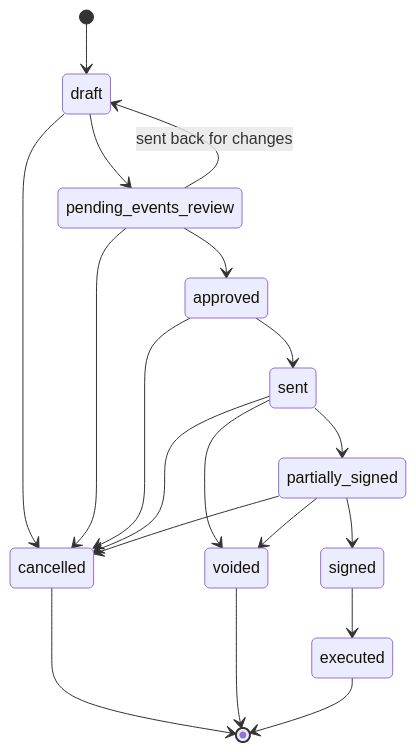
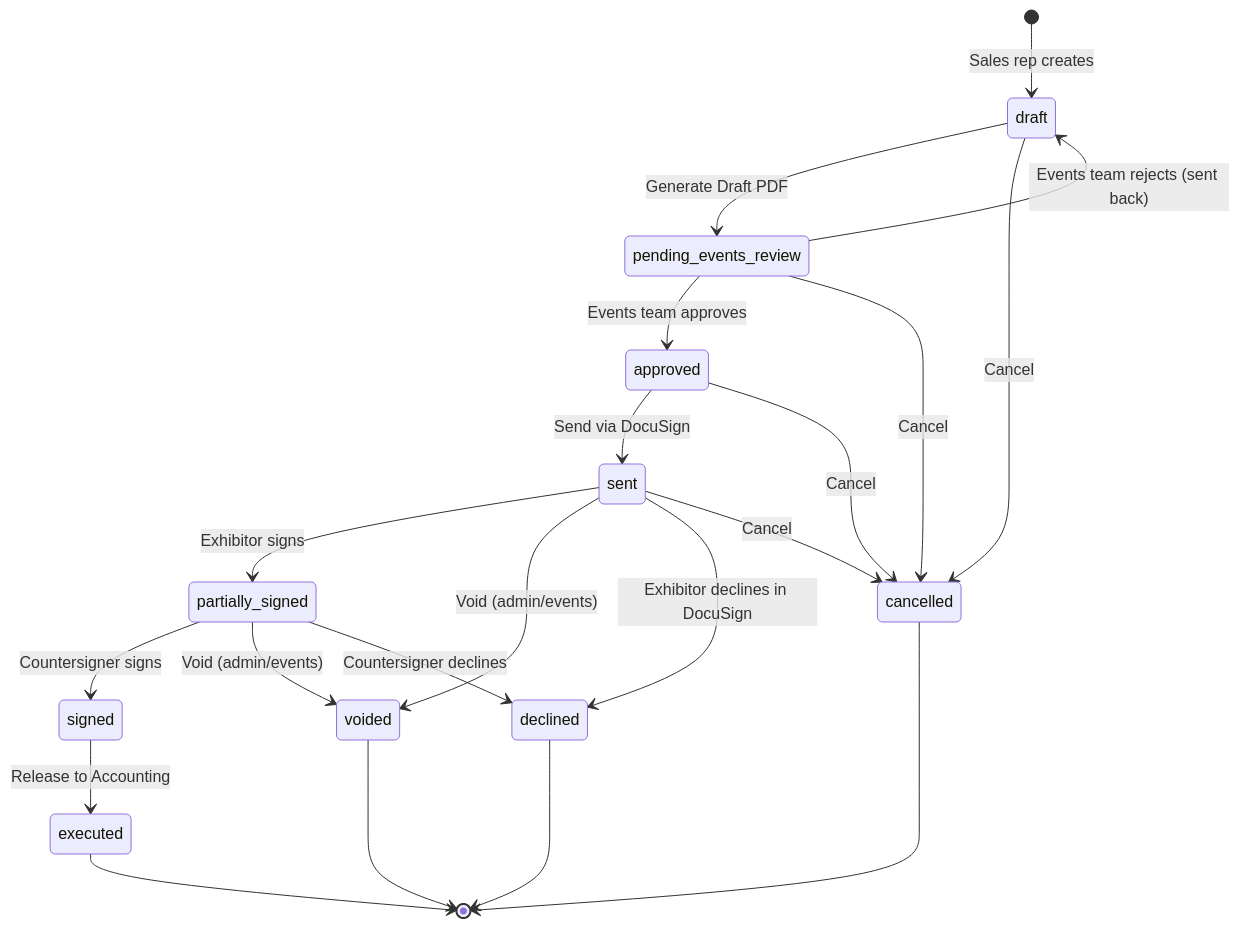
One commit to mcapace/whiskyfest-contracts changed the first of 7 diagrams in docs/WORKFLOW.md. Above: the diagram before and after it, drawn with Mermaid. The commit also changed other lines of this file, not shown here.

First line of the commit message:
docs: Add contract workflow documentation with Mermaid diagrams

````diff
--- a/docs/WORKFLOW.md
+++ b/docs/WORKFLOW.md
@@ -5,24 +15,30 @@
 ```mermaid
 stateDiagram-v2
-  [*] --> draft
-  draft --> pending_events_review
-  pending_events_review --> approved
-  pending_events_review --> draft: sent back for changes
-  approved --> sent
-  sent --> partially_signed
-  partially_signed --> signed
-  signed --> executed
-
-  draft --> cancelled
-  pending_events_review --> cancelled
-  approved --> cancelled
-  sent --> cancelled
-  partially_signed --> cancelled
-
-  sent --> voided
-  partially_signed --> voided
-
-  cancelled --> [*]
-  voided --> [*]
-  executed --> [*]
+    [*] --> draft: Sales rep creates
+    
+    draft --> pending_events_review: Generate Draft PDF
+    draft --> cancelled: Cancel
+    
+    pending_events_review --> approved: Events team approves
+    pending_events_review --> draft: Events team rejects (sent back)
+    pending_events_review --> cancelled: Cancel
+    
+    approved --> sent: Send via DocuSign
+    approved --> cancelled: Cancel
+    
+    sent --> partially_signed: Exhibitor signs
+    sent --> voided: Void (admin/events)
+    sent --> declined: Exhibitor declines in DocuSign
+    sent --> cancelled: Cancel
+    
+    partially_signed --> signed: Countersigner signs
+    partially_signed --> voided: Void (admin/events)
+    partially_signed --> declined: Countersigner declines
+    
+    signed --> executed: Release to Accounting
+    
+    executed --> [*]
+    cancelled --> [*]
+    voided --> [*]
+    declined --> [*]
 ```
````
